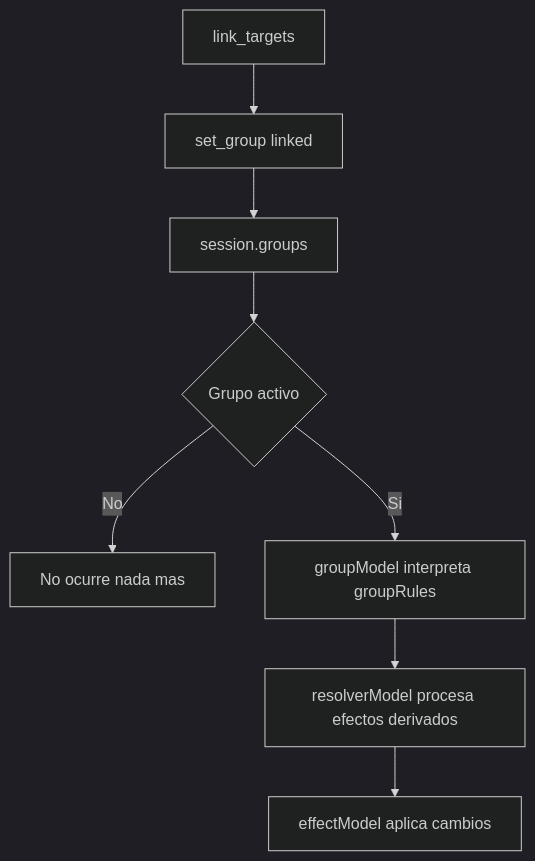
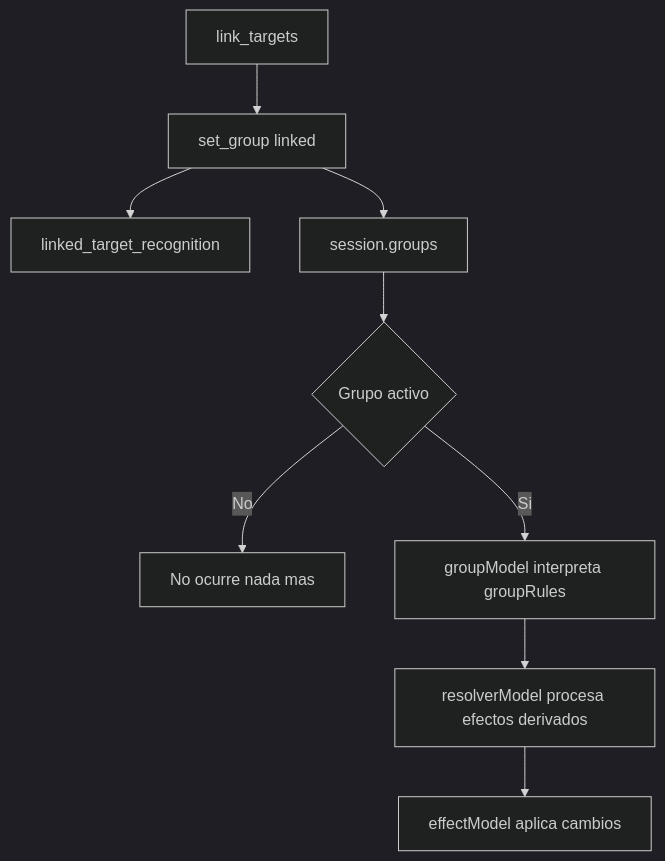
Before and after one commit to juanramonmorandeira/castronegro-director: the ninth of 14 diagrams in docs/engine_flow_map.md, drawn with Mermaid (dark theme). The commit also changed other lines of this file and 27 other files, not shown here.

Commit message:
Consolidate basic ruleset domain flow

````diff
--- a/docs/engine_flow_map.md
+++ b/docs/engine_flow_map.md
@@ -472,10 +488,11 @@
 ```mermaid
 graph TD
   A[link_targets] --> B[set_group linked]
+  B --> R[linked_target_recognition]
   B --> C[session.groups]
   C --> D{Grupo activo}
   D -->|No| E[No ocurre nada mas]
   D -->|Si| F[groupModel interpreta groupRules]
   F --> G[resolverModel procesa efectos derivados]
   G --> H[effectModel aplica cambios]
 ```
````
